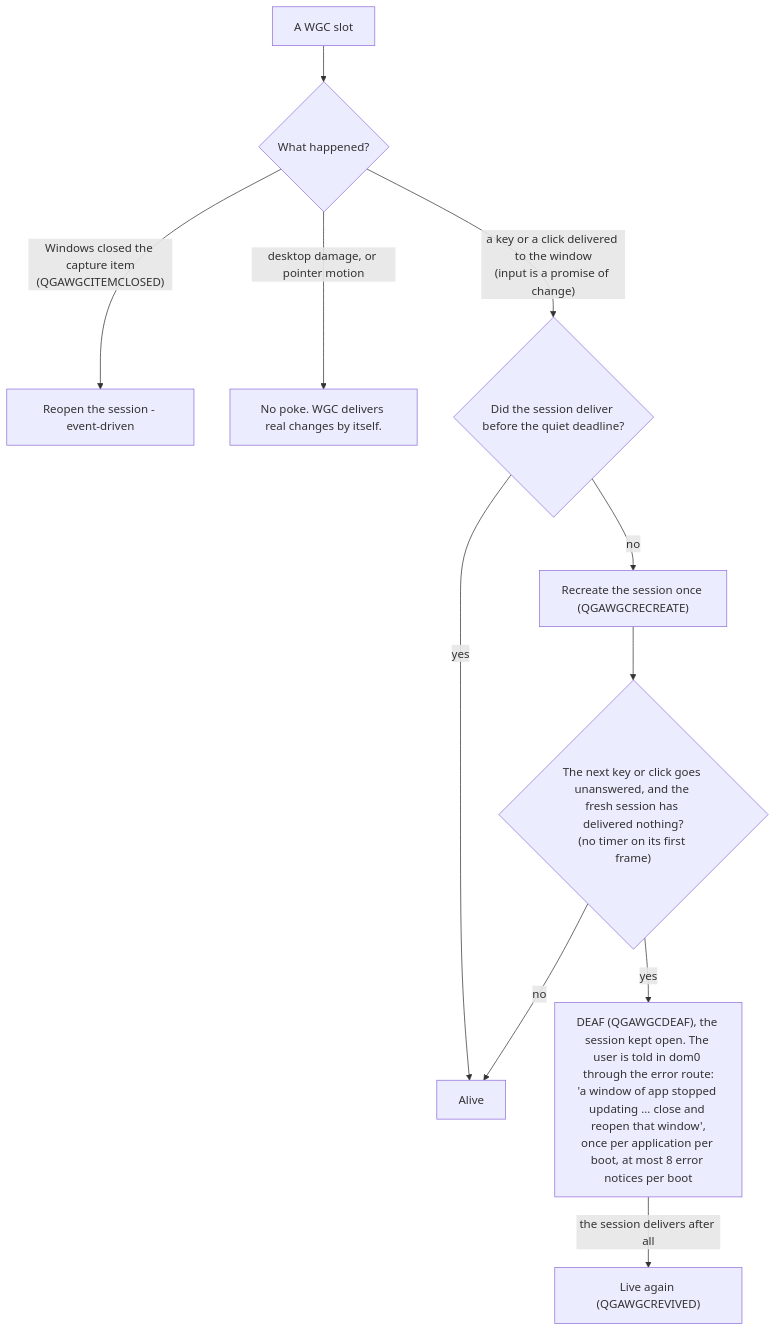
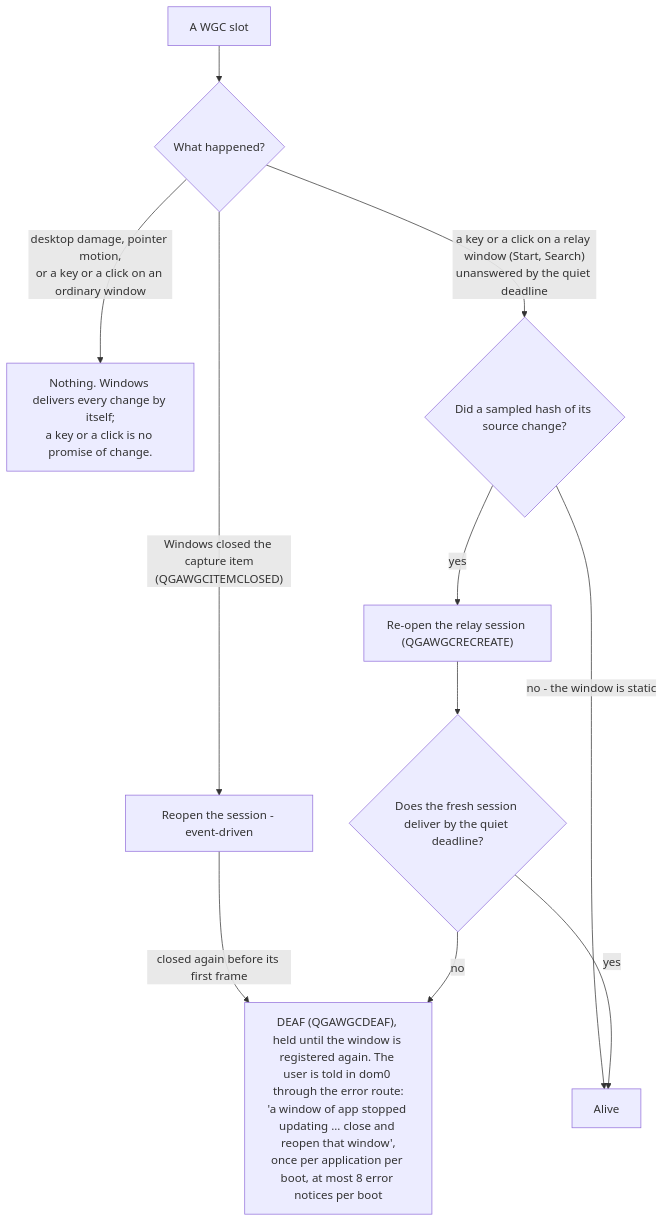
One commit to arkenoi/qubes-win-idd-driver changed the second of 2 diagrams in docs/ADR-capture.md. Above: the diagram before and after it, drawn with Mermaid. The commit also changed other lines of this file and 2 other files, not shown here.

````diff
--- a/docs/ADR-capture.md
+++ b/docs/ADR-capture.md
@@ -51,13 +51,13 @@
 ```mermaid
 flowchart TD
     A["A WGC slot"] --> B{"What happened?"}
     B -->|"Windows closed the capture item<br/>(QGAWGCITEMCLOSED)"| C["Reopen the session - event-driven"]
-    B -->|"desktop damage, or pointer motion"| N["No poke. WGC delivers real changes by itself."]
-    B -->|"a key or a click delivered to the window<br/>(input is a promise of change)"| D{"Did the session deliver before the quiet deadline?"}
-    D -->|yes| OK["Alive"]
-    D -->|no| R["Recreate the session once (QGAWGCRECREATE)"]
-    R --> F{"The next key or click goes unanswered, and the fresh session has delivered nothing?<br/>(no timer on its first frame)"}
-    F -->|no| OK
-    F -->|yes| G["DEAF (QGAWGCDEAF), the session kept open. The user is told in dom0 through the error route:<br/>'a window of app stopped updating ... close and reopen that window',<br/>once per application per boot, at most 8 error notices per boot"]
-    G -->|"the session delivers after all"| V["Live again (QGAWGCREVIVED)"]
+    C -->|"closed again before its first frame"| G
+    B -->|"desktop damage, pointer motion,<br/>or a key or a click on an ordinary window"| N["Nothing. Windows delivers every change by itself;<br/>a key or a click is no promise of change."]
+    B -->|"a key or a click on a relay window (Start, Search)<br/>unanswered by the quiet deadline"| D{"Did a sampled hash of its source change?"}
+    D -->|"no - the window is static"| OK["Alive"]
+    D -->|yes| R["Re-open the relay session (QGAWGCRECREATE)"]
+    R --> F{"Does the fresh session deliver by the quiet deadline?"}
+    F -->|yes| OK
+    F -->|no| G["DEAF (QGAWGCDEAF), held until the window is registered again. The user is told in dom0 through the error route:<br/>'a window of app stopped updating ... close and reopen that window',<br/>once per application per boot, at most 8 error notices per boot"]
 ```
````
